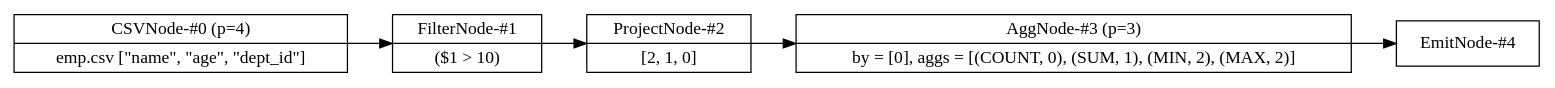
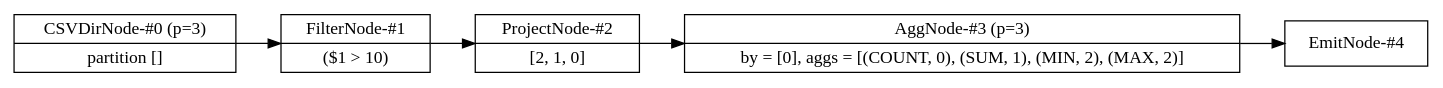
Before and after one commit to adarshpannu/kona: the diagram in src/data/flow.dot, drawn with Graphviz. The commit also changed 18 other files, not shown here.

```diff
--- a/src/data/flow.dot
+++ b/src/data/flow.dot
@@ -1,15 +1,15 @@
 digraph example1 {
     node [shape=record];
     rankdir=LR;
     splines=polyline;
     nodesep=0.5;
-    Node0[label="CSVNode-#0 (p=4)|emp.csv [\"name\", \"age\", \"dept_id\"]"];
+    Node0[label="CSVDirNode-#0 (p=3)|partition []"];
     Node1[label="FilterNode-#1|($1 &gt; 10)"];
     Node0 -> Node1;
     Node2[label="ProjectNode-#2|[2, 1, 0]"];
     Node1 -> Node2;
     Node3[label="AggNode-#3 (p=3)|by = [0], aggs = [(COUNT, 0), (SUM, 1), (MIN, 2), (MAX, 2)]"];
     Node2 -> Node3;
     Node4[label="EmitNode-#4"];
     Node3 -> Node4;
 }
```
